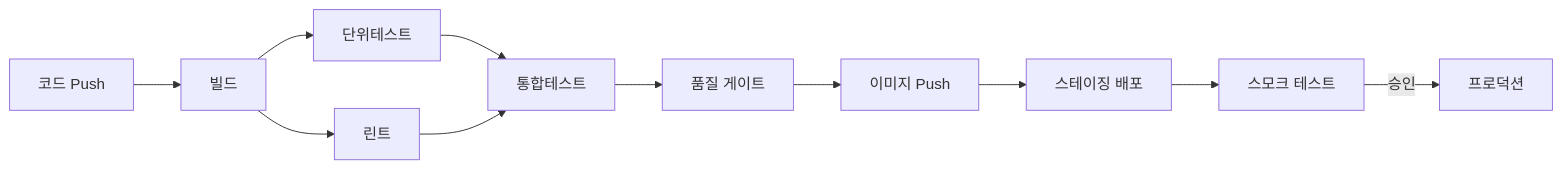
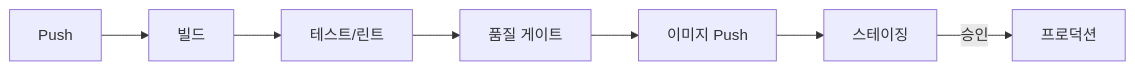
One commit to yjkim2015/yjkim2015.github.io changed the fourth of 4 diagrams in _posts/cicd/2026-05-01-cicd.md. Above: the diagram before and after it, drawn with Mermaid. The commit also changed other lines of this file and 155 other files, not shown here.

First line of the commit message:
Mermaid 전면 수정: subgraph 제거, participant/노드/줄수 축소 (342블록)

````diff
--- a/_posts/cicd/2026-05-01-cicd.md
+++ b/_posts/cicd/2026-05-01-cicd.md
@@ -447,11 +443,9 @@
 ```mermaid
 graph LR
-    PUSH["코드 Push"] --> BUILD["빌드"]
-    BUILD --> UNIT["단위테스트"] & LINT["린트"]
-    UNIT & LINT --> INT["통합테스트"]
-    INT --> SONAR["품질 게이트"]
+    PUSH["Push"] --> BUILD["빌드"]
+    BUILD --> TEST["테스트/린트"]
+    TEST --> SONAR["품질 게이트"]
     SONAR --> DOCKER["이미지 Push"]
-    DOCKER --> STAGING["스테이징 배포"]
-    STAGING --> SMOKE["스모크 테스트"]
-    SMOKE -->|"승인"| PROD["프로덕션"]
+    DOCKER --> STAGING["스테이징"]
+    STAGING -->|"승인"| PROD["프로덕션"]
 ```
````
